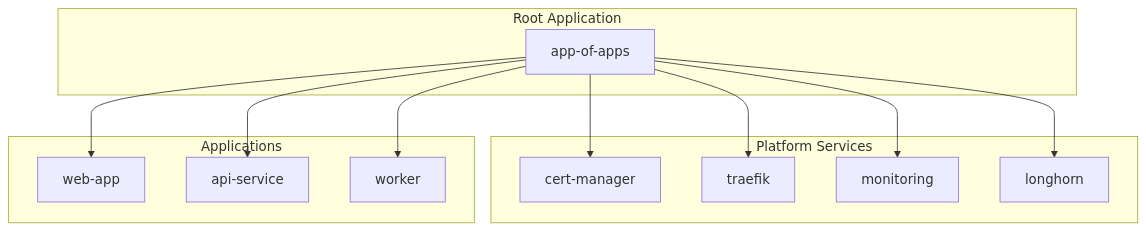
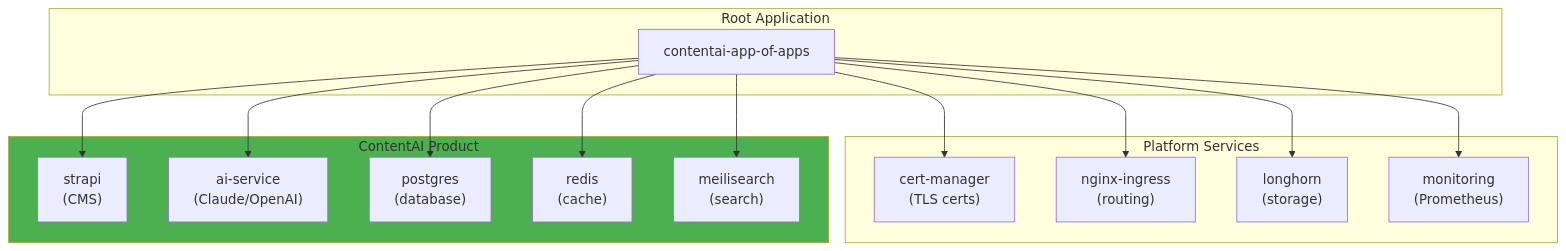
Before and after one commit to PearlThoughtsInternship/Internship-Obsidian-Vault: the sixth of 10 diagrams in DevOps/02-Engineering/05-GitOps.md, drawn with Mermaid. The commit also changed other lines of this file and 1 other file, not shown here.

First line of the commit message:
docs: Container orchestration & GitOps with ContentAI product context

````diff
--- a/DevOps/02-Engineering/05-GitOps.md
+++ b/DevOps/02-Engineering/05-GitOps.md
@@ -197,27 +232,33 @@
 ```mermaid
 flowchart TB
     subgraph Root["Root Application"]
-        AOA["app-of-apps"]
+        AOA["contentai-app-of-apps"]
     end
 
     subgraph Platform["Platform Services"]
-        CERT["cert-manager"]
-        ING["traefik"]
-        MON["monitoring"]
-        STOR["longhorn"]
+        CERT["cert-manager\n(TLS certs)"]
+        ING["nginx-ingress\n(routing)"]
+        LH["longhorn\n(storage)"]
+        MON["monitoring\n(Prometheus)"]
     end
 
-    subgraph Apps["Applications"]
-        WEB["web-app"]
-        API["api-service"]
-        WORKER["worker"]
+    subgraph ContentAI["ContentAI Product"]
+        STRAPI["strapi\n(CMS)"]
+        AI["ai-service\n(Claude/OpenAI)"]
+        PG["postgres\n(database)"]
+        REDIS["redis\n(cache)"]
+        MEILI["meilisearch\n(search)"]
     end
 
     AOA --> CERT
     AOA --> ING
+    AOA --> LH
     AOA --> MON
-    AOA --> STOR
-    AOA --> WEB
-    AOA --> API
-    AOA --> WORKER
+    AOA --> STRAPI
+    AOA --> AI
+    AOA --> PG
+    AOA --> REDIS
+    AOA --> MEILI
+
+    style ContentAI fill:#4CAF50
 ```
````
